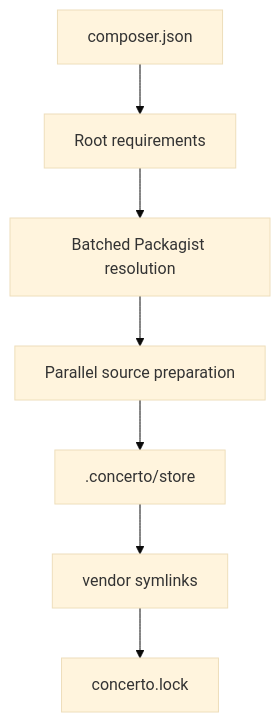
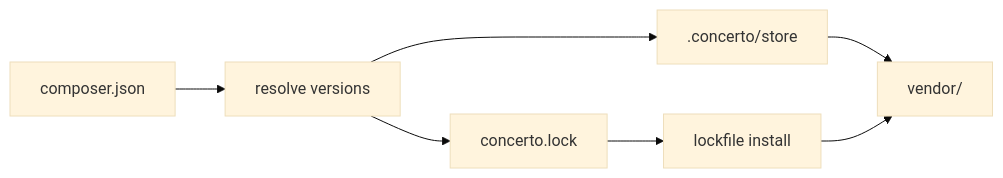
Before and after one commit to TheLifus/concerto: the first of 2 diagrams in README.md, drawn with Mermaid (base theme). The commit also changed other lines of this file and 1 other file, not shown here.

````diff
--- a/README.md
+++ b/README.md
@@ -79,9 +14,9 @@
 ```mermaid
-flowchart TD
-    A["composer.json"] --> B["Root requirements"]
-    B --> C["Batched Packagist resolution"]
-    C --> D["Parallel source preparation"]
-    D --> E[".concerto/store"]
-    E --> F["vendor symlinks"]
-    F --> G["concerto.lock"]
+flowchart LR
+    composer["composer.json"] --> resolve["resolve versions"]
+    resolve --> lock["concerto.lock"]
+    resolve --> store[".concerto/store"]
+    store --> vendor["vendor/"]
+    lock --> relink["lockfile install"]
+    relink --> vendor
 ```
````
